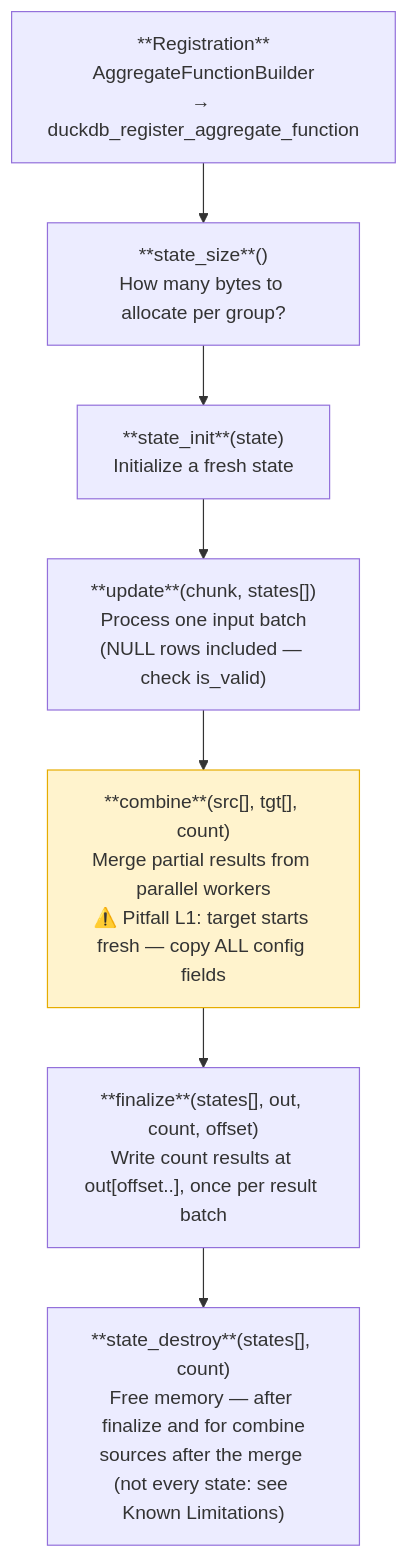
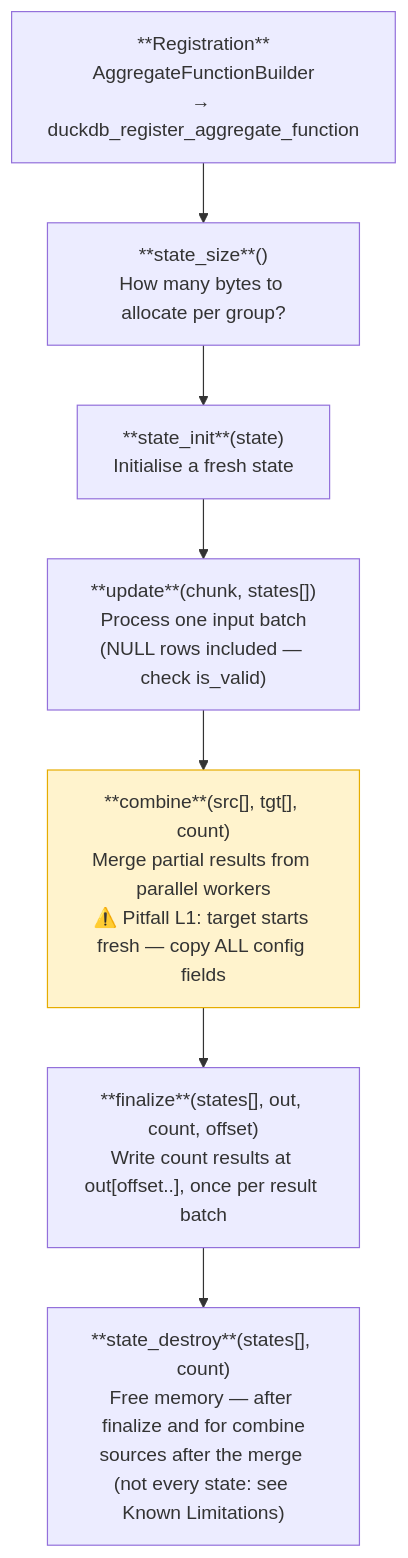
Before and after one commit to tomtom215/quack-rs: the diagram in book/src/functions/aggregate.md, drawn with Mermaid. The commit also changed other lines of this file and 18 other files, not shown here.

````diff
--- a/book/src/functions/aggregate.md
+++ b/book/src/functions/aggregate.md
@@ -35,20 +37,20 @@
 ```mermaid
 flowchart TD
     REG["**Registration**<br/>AggregateFunctionBuilder<br/>→ duckdb_register_aggregate_function"]
 
     REG     --> SIZE
     SIZE    --> INIT
     INIT    --> UPDATE
     UPDATE  --> COMBINE
     COMBINE --> FINAL
     FINAL   --> DESTROY
 
     SIZE["**state_size**()<br/>How many bytes to allocate per group?"]
-    INIT["**state_init**(state)<br/>Initialize a fresh state"]
+    INIT["**state_init**(state)<br/>Initialise a fresh state"]
     UPDATE["**update**(chunk, states[])<br/>Process one input batch<br/>(NULL rows included — check is_valid)"]
     COMBINE["**combine**(src[], tgt[], count)<br/>Merge partial results from parallel workers<br/>⚠️ Pitfall L1: target starts fresh — copy ALL config fields"]
     FINAL["**finalize**(states[], out, count, offset)<br/>Write count results at out[offset..], once per result batch"]
     DESTROY["**state_destroy**(states[], count)<br/>Free memory — after finalize and for combine<br/>sources after the merge (not every state: see Known Limitations)"]
 
     style COMBINE fill:#fff3cd,stroke:#e6ac00,color:#333
 ```
````
